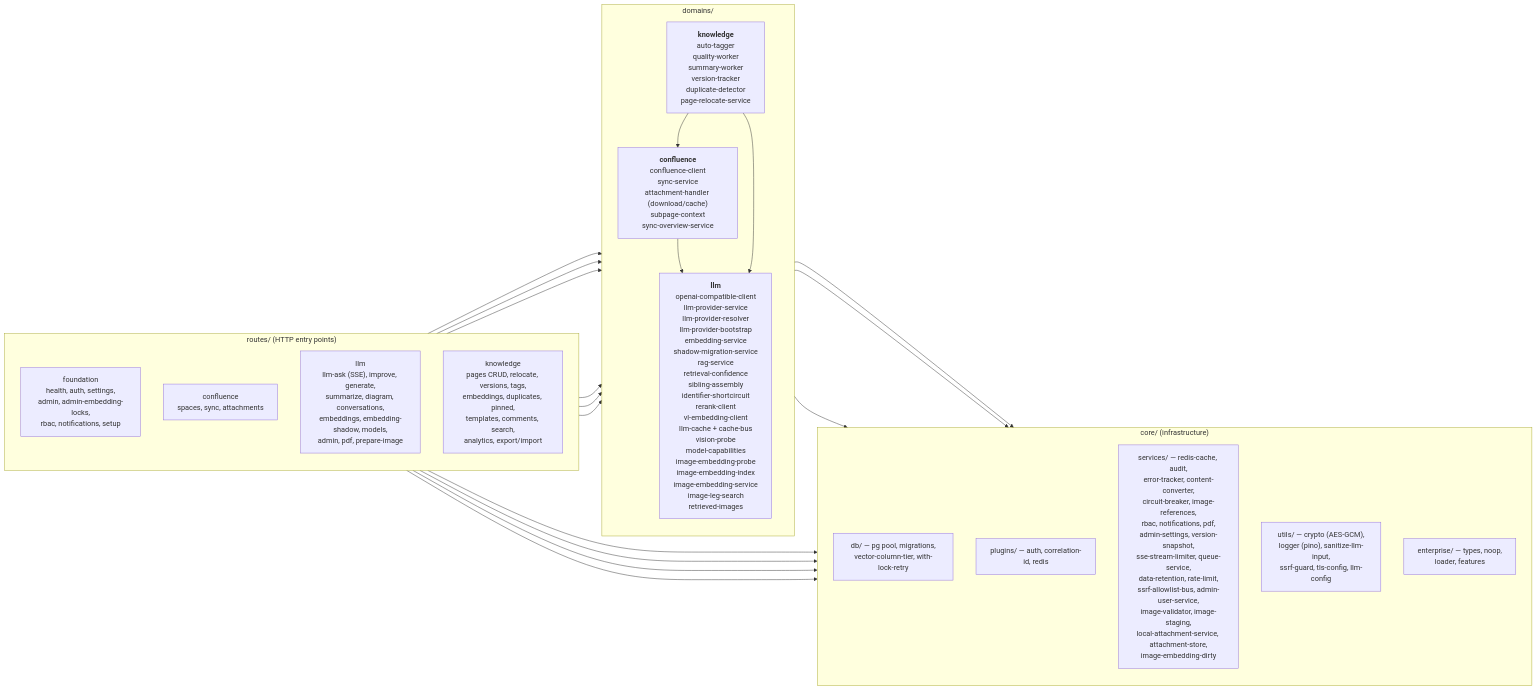
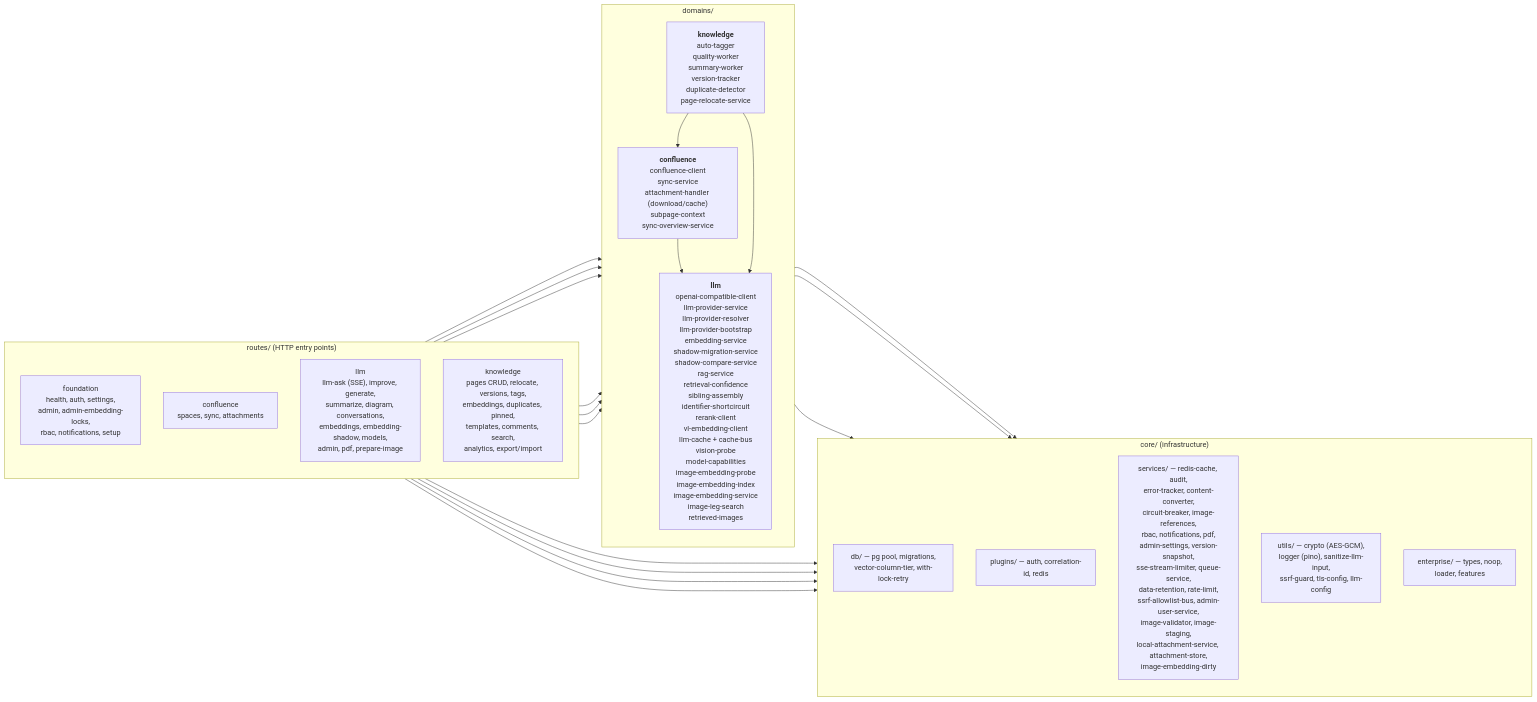
Before and after one commit to Compendiq/compendiq-ce: the first of 2 diagrams in docs/architecture/03-backend-domains.md, drawn with Mermaid. The commit also changed other lines of this file and 3 other files, not shown here.

First line of the commit message:
docs: shadow comparison as lifecycle step 3b; data-model and domain-map entries (#1260)

````diff
--- a/docs/architecture/03-backend-domains.md
+++ b/docs/architecture/03-backend-domains.md
@@ -9,44 +9,44 @@
 ```mermaid
 flowchart LR
     subgraph routes["routes/ (HTTP entry points)"]
         direction TB
         rF["foundation<br/>health, auth, settings,<br/>admin, admin-embedding-locks,<br/>rbac, notifications, setup"]
         rC["confluence<br/>spaces, sync, attachments"]
         rL["llm<br/>llm-ask (SSE), improve, generate,<br/>summarize, diagram, conversations,<br/>embeddings, embedding-shadow, models,<br/>admin, pdf, prepare-image"]
         rK["knowledge<br/>pages CRUD, relocate, versions, tags,<br/>embeddings, duplicates, pinned,<br/>templates, comments, search,<br/>analytics, export/import"]
     end
 
     subgraph domains["domains/"]
         direction TB
         dC["<b>confluence</b><br/>confluence-client<br/>sync-service<br/>attachment-handler (download/cache)<br/>subpage-context<br/>sync-overview-service"]
-        dL["<b>llm</b><br/>openai-compatible-client<br/>llm-provider-service<br/>llm-provider-resolver<br/>llm-provider-bootstrap<br/>embedding-service<br/>shadow-migration-service<br/>rag-service<br/>retrieval-confidence<br/>sibling-assembly<br/>identifier-shortcircuit<br/>rerank-client<br/>vl-embedding-client<br/>llm-cache + cache-bus<br/>vision-probe<br/>model-capabilities<br/>image-embedding-probe<br/>image-embedding-index<br/>image-embedding-service<br/>image-leg-search<br/>retrieved-images"]
+        dL["<b>llm</b><br/>openai-compatible-client<br/>llm-provider-service<br/>llm-provider-resolver<br/>llm-provider-bootstrap<br/>embedding-service<br/>shadow-migration-service<br/>shadow-compare-service<br/>rag-service<br/>retrieval-confidence<br/>sibling-assembly<br/>identifier-shortcircuit<br/>rerank-client<br/>vl-embedding-client<br/>llm-cache + cache-bus<br/>vision-probe<br/>model-capabilities<br/>image-embedding-probe<br/>image-embedding-index<br/>image-embedding-service<br/>image-leg-search<br/>retrieved-images"]
         dK["<b>knowledge</b><br/>auto-tagger<br/>quality-worker<br/>summary-worker<br/>version-tracker<br/>duplicate-detector<br/>page-relocate-service"]
     end
 
     subgraph core["core/ (infrastructure)"]
         direction TB
         cDB["db/ — pg pool, migrations,<br/>vector-column-tier, with-lock-retry"]
         cPlug["plugins/ — auth, correlation-id, redis"]
         cSvc["services/ — redis-cache, audit,<br/>error-tracker, content-converter,<br/>circuit-breaker, image-references,<br/>rbac, notifications, pdf,<br/>admin-settings, version-snapshot,<br/>sse-stream-limiter, queue-service,<br/>data-retention, rate-limit,<br/>ssrf-allowlist-bus, admin-user-service,<br/>image-validator, image-staging,<br/>local-attachment-service, attachment-store,<br/>image-embedding-dirty"]
         cUtil["utils/ — crypto (AES-GCM),<br/>logger (pino), sanitize-llm-input,<br/>ssrf-guard, tls-config, llm-config"]
         cEnt["enterprise/ — types, noop,<br/>loader, features"]
     end
 
     rF --> core
     rC --> core
     rC --> dC
     rL --> core
     rL --> dL
     rL --> dC
     rK --> core
     rK --> dK
     rK --> dL
     rK --> dC
 
     dC --> core
     dC --> dL
     dL --> core
     dK --> core
     dK --> dL
     dK --> dC
 ```
````
